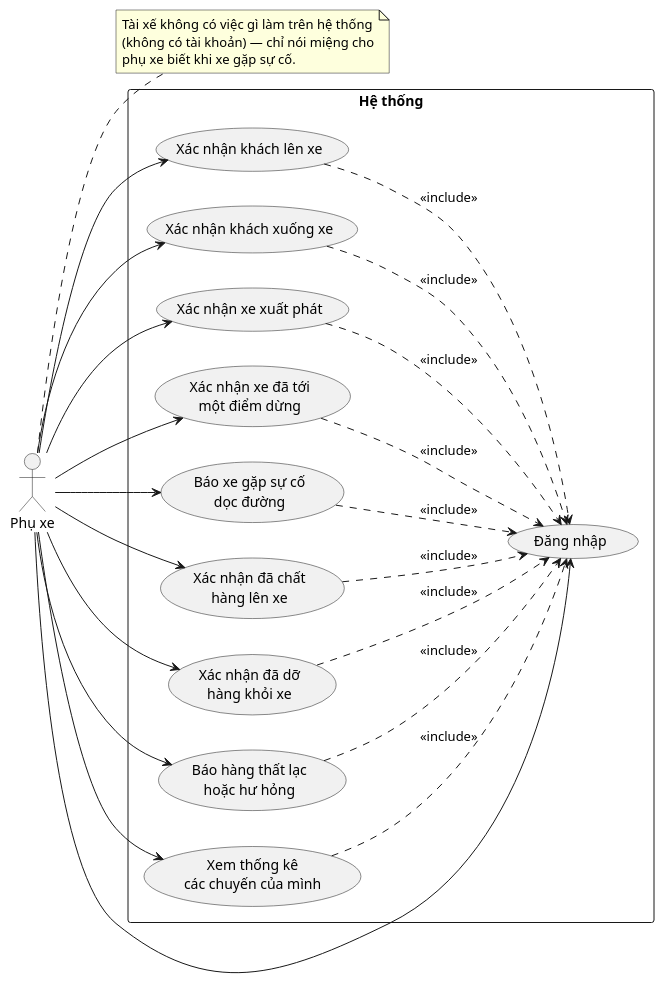
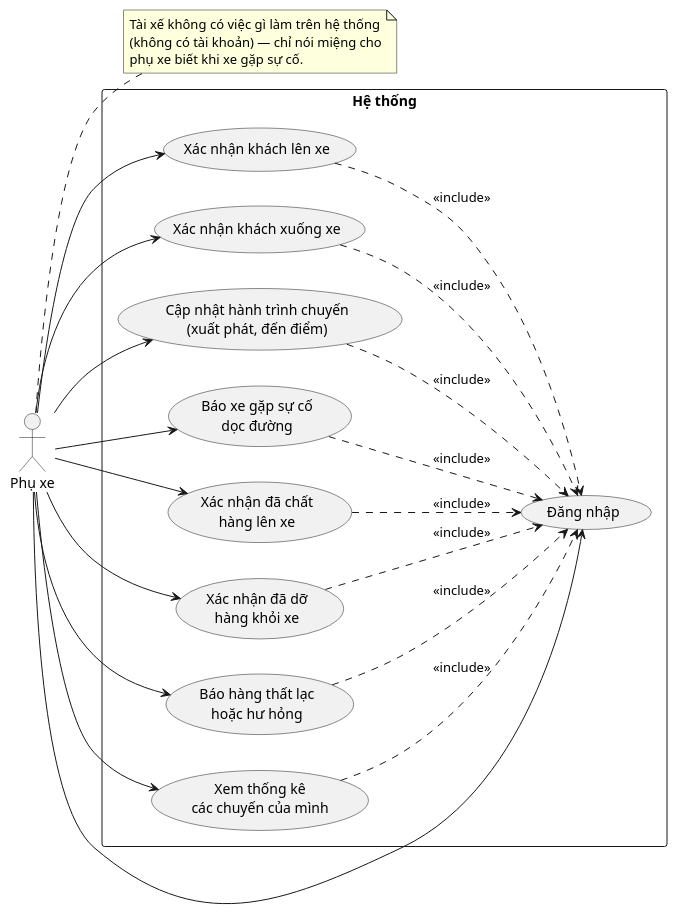
One commit to nguyenvietanhit19/Project1_HeThongQuanLyNhaXeKhachLienTinh changed the second of 53 diagrams in UML_DIAGRAMS.md. Above: the diagram before and after it, drawn with PlantUML. The commit also changed other lines of this file and 316 other files, not shown here.

````diff
--- a/UML_DIAGRAMS.md
+++ b/UML_DIAGRAMS.md
@@ -54,45 +55,42 @@
 ```plantuml
 @startuml UseCase_PhuXe
 left to right direction
 actor "Phụ xe" as PX
 note right of PX
   Tài xế không có việc gì làm trên hệ thống
   (không có tài khoản) — chỉ nói miệng cho
   phụ xe biết khi xe gặp sự cố.
 end note
 
 rectangle "Hệ thống" {
   usecase "Đăng nhập" as UC02
   usecase "Xác nhận khách lên xe" as UC12
   usecase "Xác nhận khách xuống xe" as UC13
-  usecase "Xác nhận xe xuất phát" as UC15
-  usecase "Xác nhận xe đã tới\nmột điểm dừng" as UC16
+  usecase "Cập nhật hành trình chuyến\n(xuất phát, đến điểm)" as UC15
   usecase "Báo xe gặp sự cố\ndọc đường" as UC17
   usecase "Xác nhận đã chất\nhàng lên xe" as UC26
   usecase "Xác nhận đã dỡ\nhàng khỏi xe" as UC27
   usecase "Báo hàng thất lạc\nhoặc hư hỏng" as UC28
   usecase "Xem thống kê\ncác chuyến của mình" as UC39
 }
 
 PX --> UC02
 PX --> UC12
 PX --> UC13
 PX --> UC15
-PX --> UC16
 PX --> UC17
 PX --> UC26
 PX --> UC27
 PX --> UC28
 PX --> UC39
 
 UC12 ..> UC02 : <<include>>
 UC13 ..> UC02 : <<include>>
 UC15 ..> UC02 : <<include>>
-UC16 ..> UC02 : <<include>>
 UC17 ..> UC02 : <<include>>
 UC26 ..> UC02 : <<include>>
 UC27 ..> UC02 : <<include>>
 UC28 ..> UC02 : <<include>>
 UC39 ..> UC02 : <<include>>
 @enduml
 ```
````
